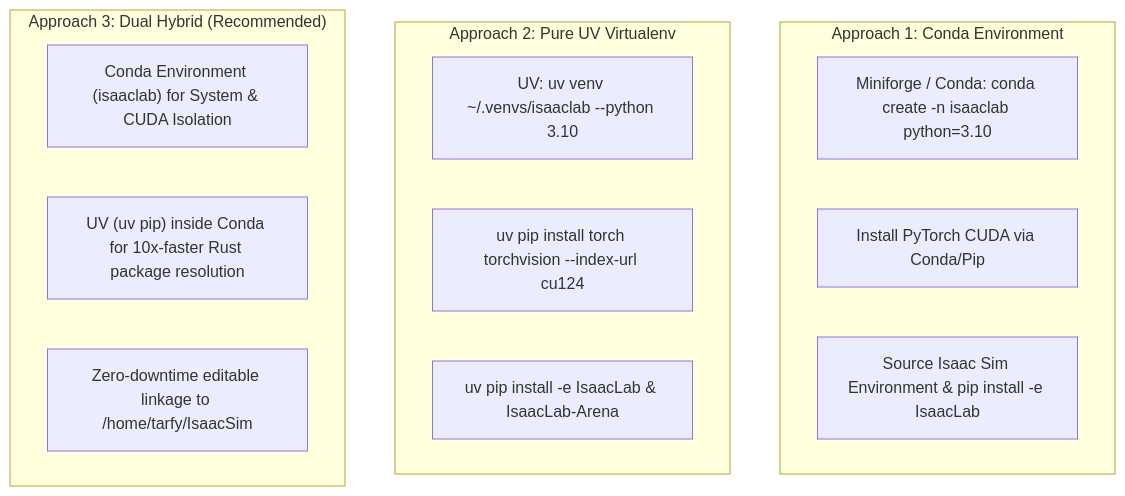
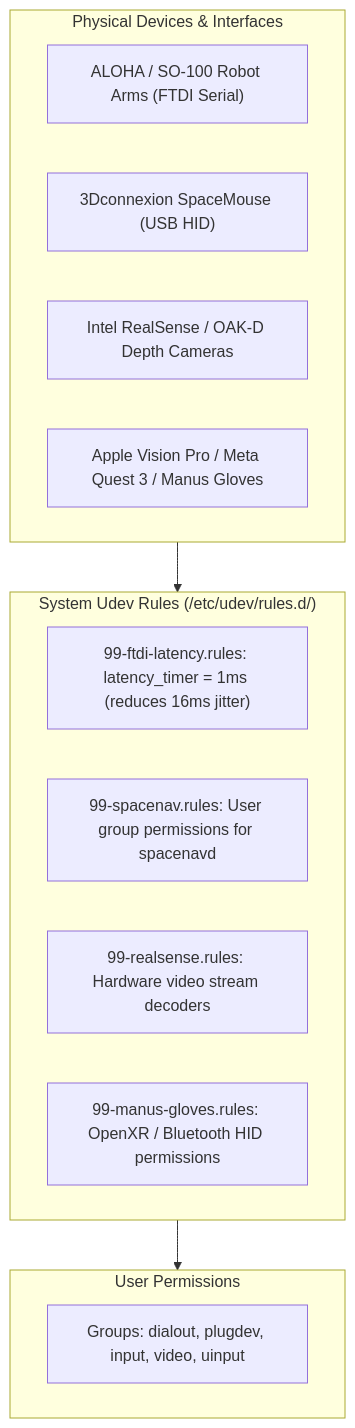
The fourth of 4 diagrams in .agents/references/docs/isaac-install-plan.md (boredengineering/IsaacAutomator), drawn with Mermaid before and after one commit. The commit also changed other lines of this file and 2 other files, not shown here.

Commit message:
docs: overhaul isaac-install-plan for realistic open-ended robotics development architecture

````diff
--- a/.agents/references/docs/isaac-install-plan.md
+++ b/.agents/references/docs/isaac-install-plan.md
@@ -230,20 +131,22 @@
 ```mermaid
 flowchart TD
-    subgraph A1 ["Approach 1: Conda Environment"]
-        C1["Miniforge / Conda: conda create -n isaaclab python=3.10"]
-        C2["Install PyTorch CUDA via Conda/Pip"]
-        C3["Source Isaac Sim Environment & pip install -e IsaacLab"]
+    subgraph TELEOP_DEVICES ["Physical Devices & Interfaces"]
+        ARM["ALOHA / SO-100 Robot Arms (FTDI Serial)"]
+        SPACEMOUSE["3Dconnexion SpaceMouse (USB HID)"]
+        CAMERA["Intel RealSense / OAK-D Depth Cameras"]
+        VR["Apple Vision Pro / Meta Quest 3 / Manus Gloves"]
     end
 
-    subgraph A2 ["Approach 2: Pure UV Virtualenv"]
-        U1["UV: uv venv ~/.venvs/isaaclab --python 3.10"]
-        U2["uv pip install torch torchvision --index-url cu124"]
-        U3["uv pip install -e IsaacLab & IsaacLab-Arena"]
+    subgraph UDEV_RULES ["System Udev Rules (/etc/udev/rules.d/)"]
+        R1["99-ftdi-latency.rules: latency_timer = 1ms (reduces 16ms jitter)"]
+        R2["99-spacenav.rules: User group permissions for spacenavd"]
+        R3["99-realsense.rules: Hardware video stream decoders"]
+        R4["99-manus-gloves.rules: OpenXR / Bluetooth HID permissions"]
     end
 
-    subgraph A3 ["Approach 3: Dual Hybrid (Recommended)"]
-        H1["Conda Environment (isaaclab) for System & CUDA Isolation"]
-        H2["UV (uv pip) inside Conda for 10x-faster Rust package resolution"]
-        H3["Zero-downtime editable linkage to /home/tarfy/IsaacSim"]
+    subgraph PERMISSIONS ["User Permissions"]
+        G["Groups: dialout, plugdev, input, video, uinput"]
     end
+
+    TELEOP_DEVICES --> UDEV_RULES --> PERMISSIONS
 ```
````
